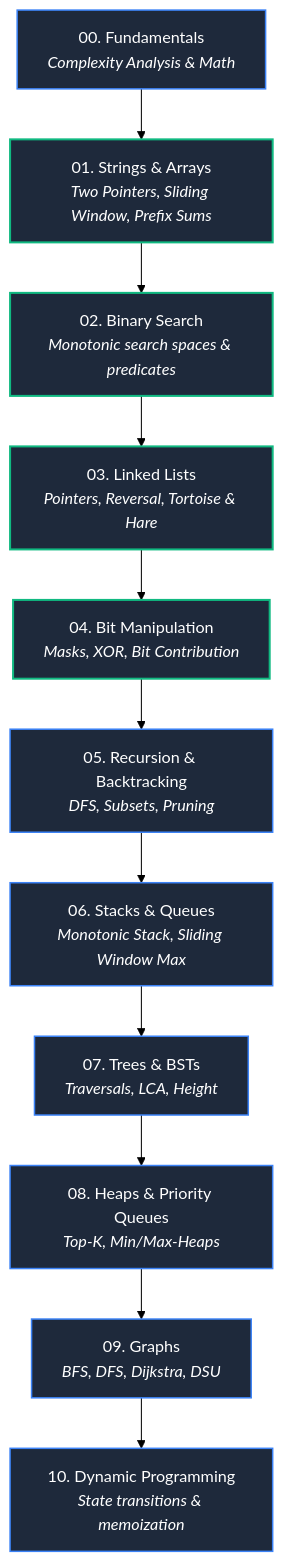
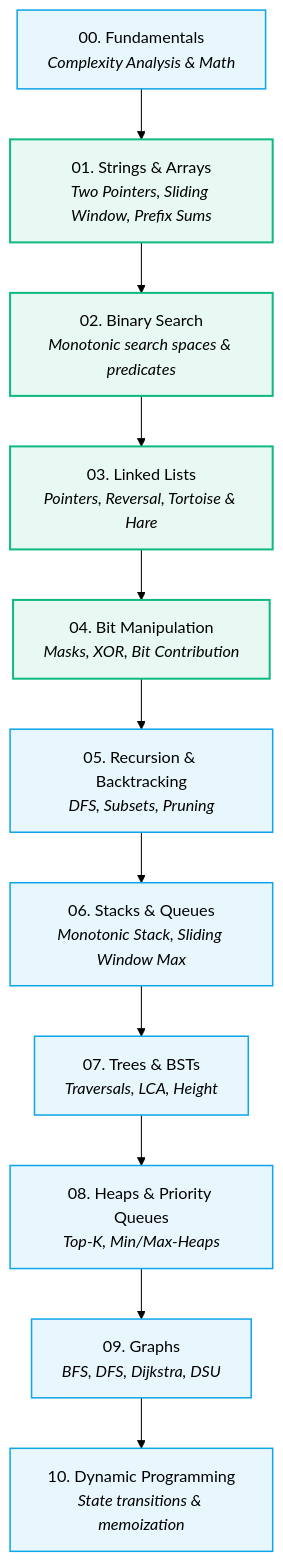
The diagram in DSA/README.md (abhinavbharti2345/CS_Notes), drawn with Mermaid (forest theme) before and after one commit. The commit also changed 47 other files, not shown here.

Commit message:
docs: add computer science study notes and generate graphify visualization output

````diff
--- a/DSA/README.md
+++ b/DSA/README.md
@@ -22,21 +22,21 @@
 ```mermaid
 flowchart TD
     M0["00. Fundamentals<br/><i>Complexity Analysis & Math</i>"]
     M1["01. Strings & Arrays<br/><i>Two Pointers, Sliding Window, Prefix Sums</i>"]
     M2["02. Binary Search<br/><i>Monotonic search spaces & predicates</i>"]
     M3["03. Linked Lists<br/><i>Pointers, Reversal, Tortoise & Hare</i>"]
     M4["04. Bit Manipulation<br/><i>Masks, XOR, Bit Contribution</i>"]
     M5["05. Recursion & Backtracking<br/><i>DFS, Subsets, Pruning</i>"]
     M6["06. Stacks & Queues<br/><i>Monotonic Stack, Sliding Window Max</i>"]
     M7["07. Trees & BSTs<br/><i>Traversals, LCA, Height</i>"]
     M8["08. Heaps & Priority Queues<br/><i>Top-K, Min/Max-Heaps</i>"]
     M9["09. Graphs<br/><i>BFS, DFS, Dijkstra, DSU</i>"]
     M10["10. Dynamic Programming<br/><i>State transitions & memoization</i>"]
 
     M0 --> M1 --> M2 --> M3 --> M4 --> M5 --> M6 --> M7 --> M8 --> M9 --> M10
 
-    classDef active fill:#1e293b,stroke:#10b981,stroke-width:2px,color:#fff;
-    classDef planned fill:#1e293b,stroke:#3b82f6,stroke-width:1.5px,color:#fff;
+    classDef active fill:#10b98118,stroke:#10b981,stroke-width:2px;
+    classDef planned fill:#0ea5e918,stroke:#0ea5e9,stroke-width:1.5px;
     class M1,M2,M3,M4 active;
     class M0,M5,M6,M7,M8,M9,M10 planned;
 ```
````
